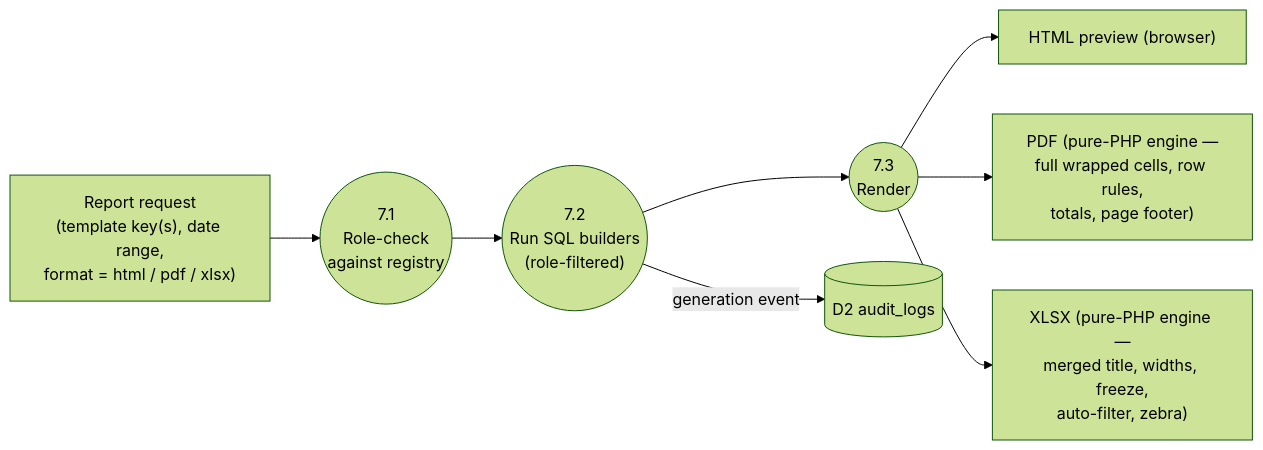
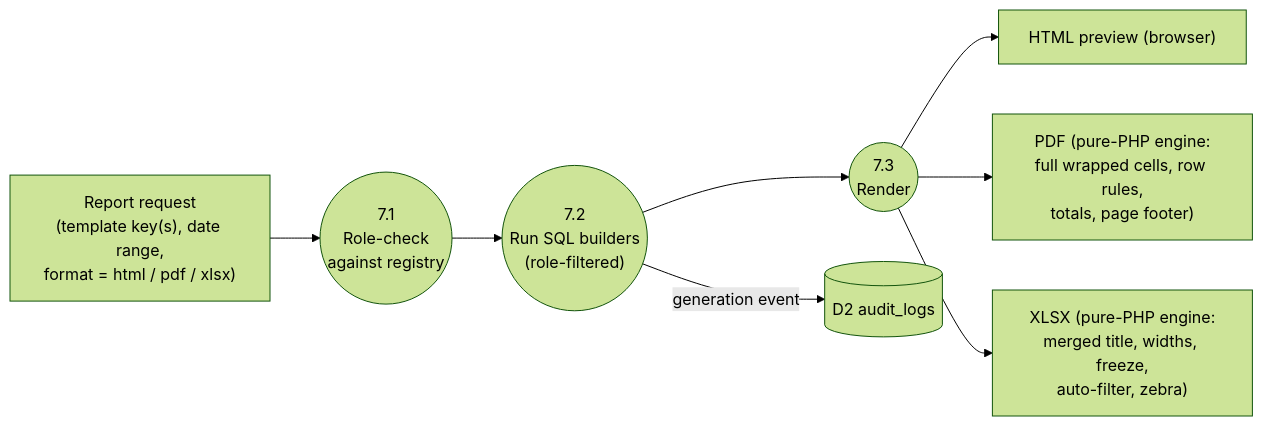
Before and after one commit to yohan-sudo/epms-local: the sixth of 6 diagrams in docs/02-data-flow-diagrams.md, drawn with Mermaid (forest theme). The commit also changed other lines of this file and 62 other files, not shown here.

First line of the commit message:
Remove role switcher, enforce uppercase names, make docs pure portable Mermaid

````diff
--- a/docs/02-data-flow-diagrams.md
+++ b/docs/02-data-flow-diagrams.md
@@ -225,15 +259,19 @@
 ```mermaid
-flowchart LR
+graph LR
     REQ["Report request<br/>(template key(s), date range,<br/>format = html / pdf / xlsx)"]
     P71(("7.1<br/>Role-check<br/>against registry"))
     P72(("7.2<br/>Run SQL builders<br/>(role-filtered)"))
     P73(("7.3<br/>Render"))
     OUT1["HTML preview (browser)"]
-    OUT2["PDF (pure-PHP engine —<br/>full wrapped cells, row rules,<br/>totals, page footer)"]
-    OUT3["XLSX (pure-PHP engine —<br/>merged title, widths, freeze,<br/>auto-filter, zebra)"]
+    OUT2["PDF (pure-PHP engine:<br/>full wrapped cells, row rules,<br/>totals, page footer)"]
+    OUT3["XLSX (pure-PHP engine:<br/>merged title, widths, freeze,<br/>auto-filter, zebra)"]
     D2[("D2 audit_logs")]
 
-    REQ --> P71 --> P72 --> P73
-    P73 --> OUT1 & OUT2 & OUT3
+    REQ --> P71
+    P71 --> P72
+    P72 --> P73
+    P73 --> OUT1
+    P73 --> OUT2
+    P73 --> OUT3
     P72 -->|"generation event"| D2
 ```
````
